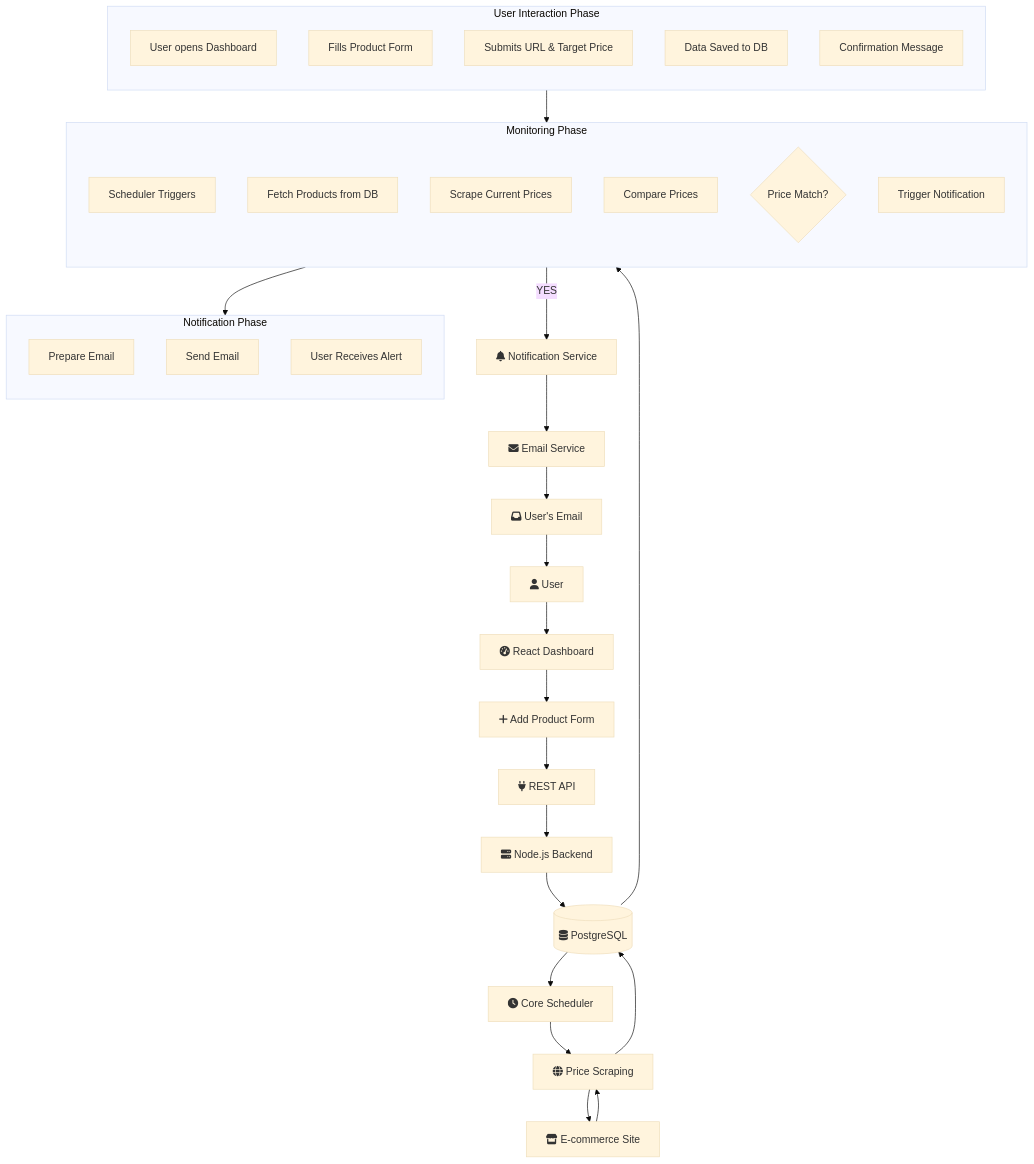
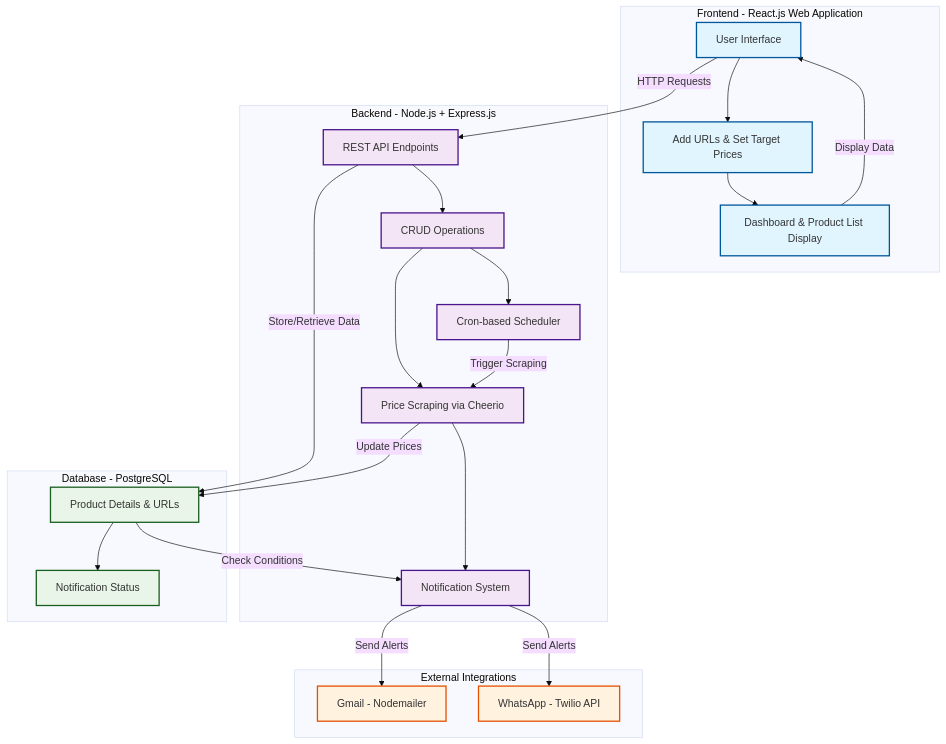
The diagram in README.md (chandini1727/PriceDrop_Detector), drawn with Mermaid (base theme) before and after one commit.

````diff
--- a/README.md
+++ b/README.md
@@ -24,65 +24,50 @@
 ```mermaid
 flowchart TD
-    User[fa:fa-user User]
-    ReactDashboard[fa:fa-tachometer-alt React Dashboard]
-    AddProductForm[fa:fa-plus Add Product Form]
-    RESTAPI[fa:fa-plug REST API]
-    NodeBackend[fa:fa-server Node.js Backend]
-    PostgreSQL[(fa:fa-database PostgreSQL)]
-    CoreScheduler[fa:fa-clock Core Scheduler]
-    PriceScraping[fa:fa-globe Price Scraping]
-    Ecommerce[fa:fa-store E-commerce Site]
-    Notification[fa:fa-bell Notification Service]
-    Email[fa:fa-envelope Email Service]
-    UserEmail[fa:fa-inbox User's Email]
-
-    %% User Interaction Flow
-    subgraph UserFlow [User Interaction Phase]
-        direction TB
-        UF1[User opens Dashboard]
-        UF2[Fills Product Form]
-        UF3[Submits URL & Target Price]
-        UF4[Data Saved to DB]
-        UF5[Confirmation Message]
+    %% Frontend Section
+    subgraph Frontend [Frontend - React.js Web Application]
+        A[User Interface] --> B[Add URLs & Set Target Prices]
+        B --> C[Dashboard & Product List Display]
     end
 
-    %% Monitoring Flow
-    subgraph MonitorFlow [Monitoring Phase]
-        direction TB
-        MF1[Scheduler Triggers]
-        MF2[Fetch Products from DB]
-        MF3[Scrape Current Prices]
-        MF4[Compare Prices]
-        MF5{Price Match?}
-        MF6[Trigger Notification]
+    %% Backend Section
+    subgraph Backend [Backend - Node.js + Express.js]
+        D[REST API Endpoints] --> E[CRUD Operations]
+        E --> F[Price Scraping via Cheerio]
+        F --> G[Notification System]
+        E --> H[Cron-based Scheduler]
     end
 
-    %% Notification Flow
-    subgraph NotifyFlow [Notification Phase]
-        direction TB
-        NF1[Prepare Email]
-        NF2[Send Email]
-        NF3[User Receives Alert]
+    %% Database Section
+    subgraph Database [Database - PostgreSQL]
+        I[Product Details & URLs]
+        J[Notification Status]
+        I --> J
     end
 
-    %% Complete Flow Connections
-    User --> ReactDashboard
-    ReactDashboard --> AddProductForm
-    AddProductForm --> RESTAPI
-    RESTAPI --> NodeBackend
-    NodeBackend --> PostgreSQL
+    %% External Integrations Section
+    subgraph External [External Integrations]
+        K[Gmail - Nodemailer]
+        L[WhatsApp - Twilio API]
+    end
+
+    %% Flow Connections
+    A -->|HTTP Requests| D
+    D -->|Store/Retrieve Data| I
+    H -->|Trigger Scraping| F
+    F -->|Update Prices| I
+    G -->|Send Alerts| K
+    G -->|Send Alerts| L
+    I -->|Check Conditions| G
+    C -->|Display Data| A
+
+    %% Styling
+    classDef frontend fill:#e1f5fe,stroke:#01579b,stroke-width:2px
+    classDef backend fill:#f3e5f5,stroke:#4a148c,stroke-width:2px
+    classDef database fill:#e8f5e8,stroke:#1b5e20,stroke-width:2px
+    classDef external fill:#fff3e0,stroke:#e65100,stroke-width:2px
     
-    UserFlow --> MonitorFlow
-    MonitorFlow --> NotifyFlow
-    
-    PostgreSQL --> CoreScheduler
-    CoreScheduler --> PriceScraping
-    PriceScraping --> Ecommerce
-    Ecommerce --> PriceScraping
-    PriceScraping --> PostgreSQL
-    PostgreSQL --> MF5
-    MF5 -->|YES| Notification
-    Notification --> Email
-    Email --> UserEmail
-    UserEmail --> User
+    class A,B,C frontend
+    class D,E,F,G,H backend
+    class I,J database
+    class K,L external
 ```
````
